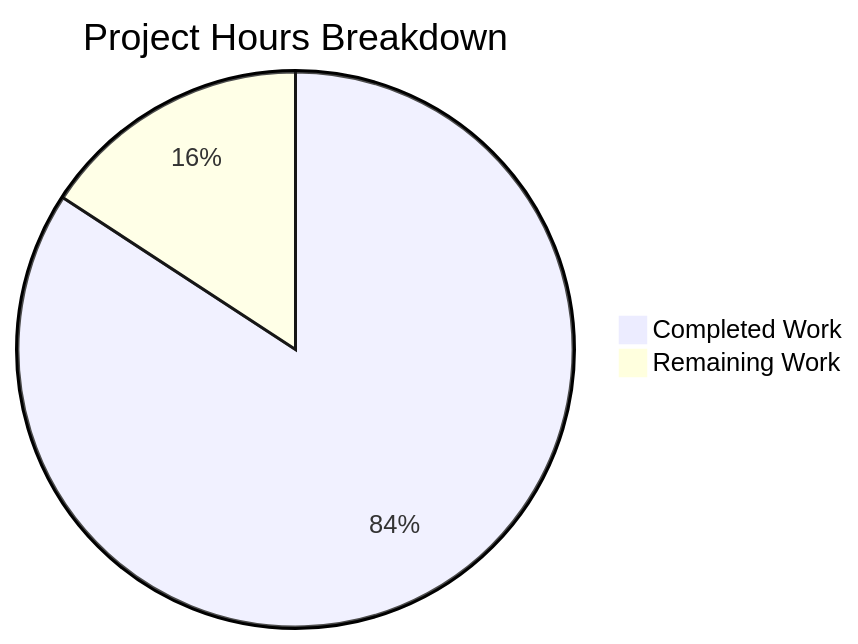
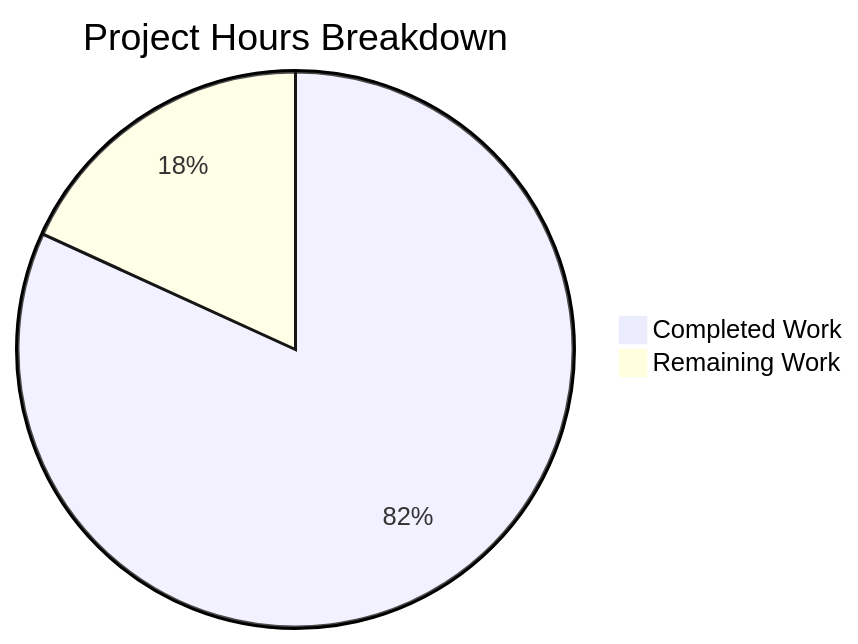
Before and after one commit to sudhanshu-spec/test-spec: the diagram in blitzy/documentation/Project Guide.md, drawn with Mermaid. The commit also changed other lines of this file, not shown here.

Commit message:
Adding Blitzy Project Guide: Project Status and Human Tasks Remaining

````diff
--- a/blitzy/documentation/Project Guide.md
+++ b/blitzy/documentation/Project Guide.md
@@ -29,5 +24,5 @@
 ```mermaid
 pie title Project Hours Breakdown
-    "Completed Work" : 16
-    "Remaining Work" : 3
+    "Completed Work" : 18
+    "Remaining Work" : 4
 ```
````
